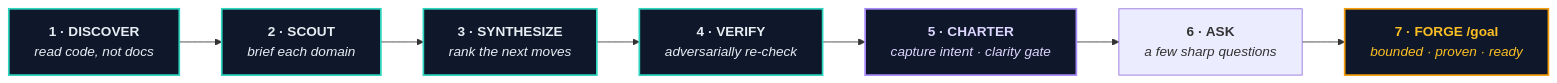
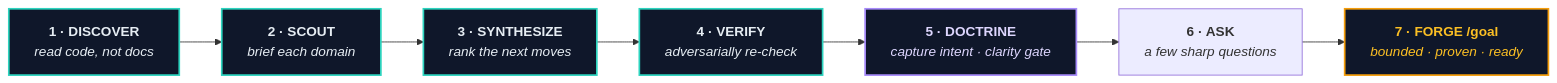
One commit to chrisduvillard/pathfinder-skill changed the diagram in README.md. Above: the diagram before and after it, drawn with Mermaid. The commit also changed other lines of this file and 15 other files, not shown here.

````diff
--- a/README.md
+++ b/README.md
@@ -73,19 +73,19 @@
 ```mermaid
 flowchart LR
     A["<b>1 · DISCOVER</b><br/><i>read code, not docs</i>"]
     B["<b>2 · SCOUT</b><br/><i>brief each domain</i>"]
     C["<b>3 · SYNTHESIZE</b><br/><i>rank the next moves</i>"]
     V["<b>4 · VERIFY</b><br/><i>adversarially re-check</i>"]
-    G["<b>5 · CHARTER</b><br/><i>capture intent · clarity gate</i>"]
+    G["<b>5 · DOCTRINE</b><br/><i>capture intent · clarity gate</i>"]
     D["<b>6 · ASK</b><br/><i>a few sharp questions</i>"]
     E["<b>7 · FORGE /goal</b><br/><i>bounded · proven · ready</i>"]
 
     A --> B --> C --> V --> G --> D --> E
 
     classDef step fill:#0F172A,stroke:#2DD4BF,stroke-width:2px,color:#E6EDF3;
     classDef gate fill:#0F172A,stroke:#A78BFA,stroke-width:2px,color:#DDD6FE;
     classDef forge fill:#0F172A,stroke:#F59E0B,stroke-width:2px,color:#FBBF24;
     class A,B,C,V step;
     class G gate;
     class E forge;
 ```
````
